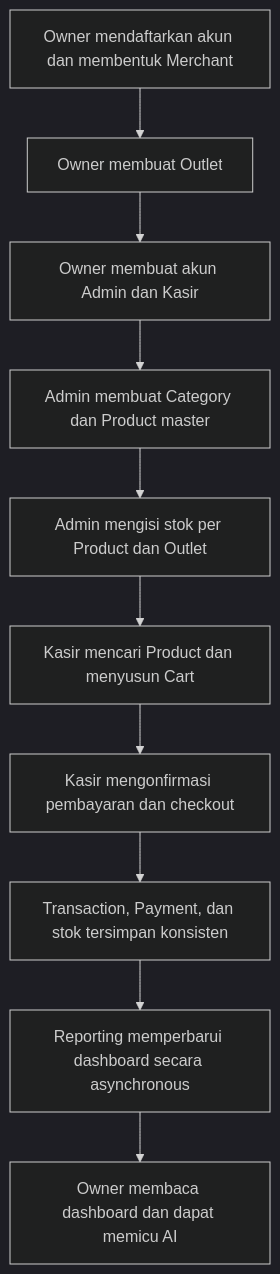
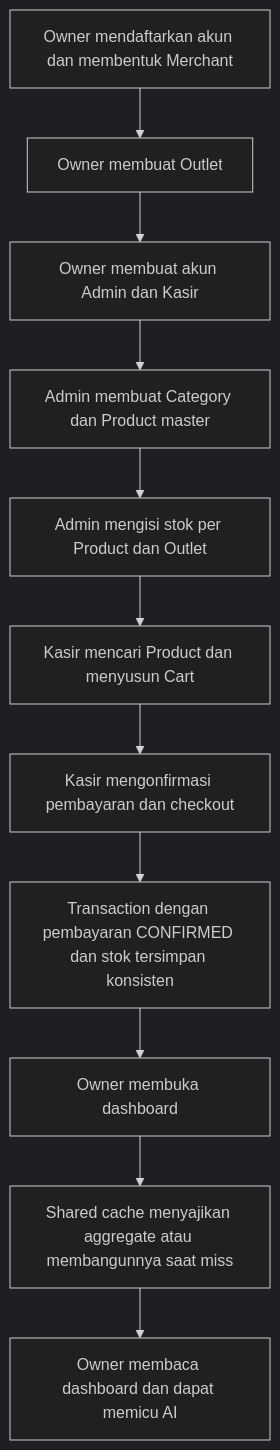
Before and after one commit to TeamOneee/pos-project-be: the first of 4 diagrams in docs/deliverables/04-iterasi-1-proposed-frd.md, drawn with Mermaid (dark theme). The commit also changed other lines of this file and 4 other files, not shown here.

First line of the commit message:
docs: sederhanakan autentikasi, pembayaran, dan reporting MVP

````diff
--- a/docs/deliverables/04-iterasi-1-proposed-frd.md
+++ b/docs/deliverables/04-iterasi-1-proposed-frd.md
@@ -394,12 +394,13 @@
 ```mermaid
 flowchart TD
     A["Owner mendaftarkan akun dan membentuk Merchant"] --> B["Owner membuat Outlet"]
     B --> C["Owner membuat akun Admin dan Kasir"]
     C --> D["Admin membuat Category dan Product master"]
     D --> E["Admin mengisi stok per Product dan Outlet"]
     E --> F["Kasir mencari Product dan menyusun Cart"]
     F --> G["Kasir mengonfirmasi pembayaran dan checkout"]
-    G --> H["Transaction, Payment, dan stok tersimpan konsisten"]
-    H --> I["Reporting memperbarui dashboard secara asynchronous"]
-    I --> J["Owner membaca dashboard dan dapat memicu AI"]
+    G --> H["Transaction dengan pembayaran CONFIRMED dan stok tersimpan konsisten"]
+    H --> I["Owner membuka dashboard"]
+    I --> J["Shared cache menyajikan aggregate atau membangunnya saat miss"]
+    J --> K["Owner membaca dashboard dan dapat memicu AI"]
 ```
````
